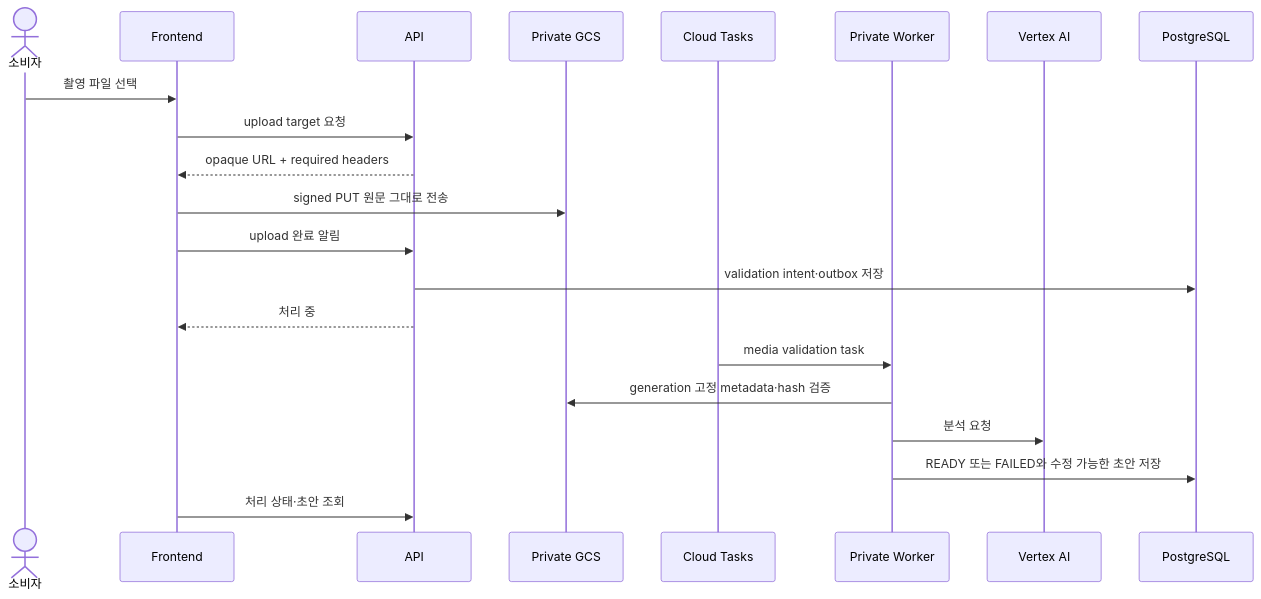
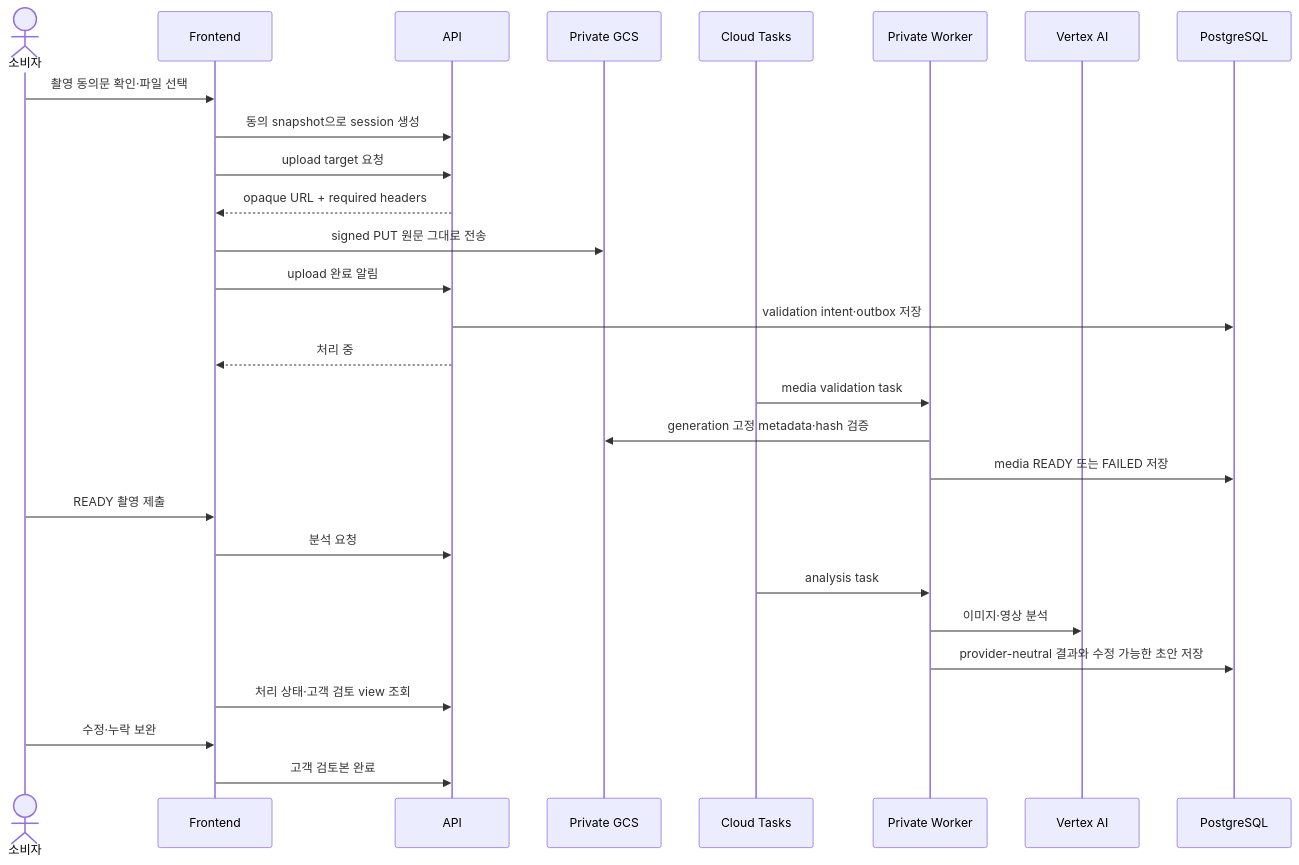
One commit to SEQRETE-TUK/SEQRET_FE changed the fourth of 5 diagrams in docs/architecture.md. Above: the diagram before and after it, drawn with Mermaid. The commit also changed other lines of this file and 20 other files, not shown here.

Commit message:
Align product docs with PRD v2 and updated role flows

````diff
--- a/docs/architecture.md
+++ b/docs/architecture.md
@@ -144,24 +144,31 @@
 ```mermaid
 sequenceDiagram
     actor U as 소비자
     participant FE as Frontend
     participant API as API
     participant GCS as Private GCS
     participant Q as Cloud Tasks
     participant W as Private Worker
     participant AI as Vertex AI
     participant DB as PostgreSQL
 
-    U->>FE: 촬영 파일 선택
+    U->>FE: 촬영 동의문 확인·파일 선택
+    FE->>API: 동의 snapshot으로 session 생성
     FE->>API: upload target 요청
     API-->>FE: opaque URL + required headers
     FE->>GCS: signed PUT 원문 그대로 전송
     FE->>API: upload 완료 알림
     API->>DB: validation intent·outbox 저장
     API-->>FE: 처리 중
     Q->>W: media validation task
     W->>GCS: generation 고정 metadata·hash 검증
-    W->>AI: 분석 요청
-    W->>DB: READY 또는 FAILED와 수정 가능한 초안 저장
-    FE->>API: 처리 상태·초안 조회
+    W->>DB: media READY 또는 FAILED 저장
+    U->>FE: READY 촬영 제출
+    FE->>API: 분석 요청
+    Q->>W: analysis task
+    W->>AI: 이미지·영상 분석
+    W->>DB: provider-neutral 결과와 수정 가능한 초안 저장
+    FE->>API: 처리 상태·고객 검토 view 조회
+    U->>FE: 수정·누락 보완
+    FE->>API: 고객 검토본 완료
 ```
````
